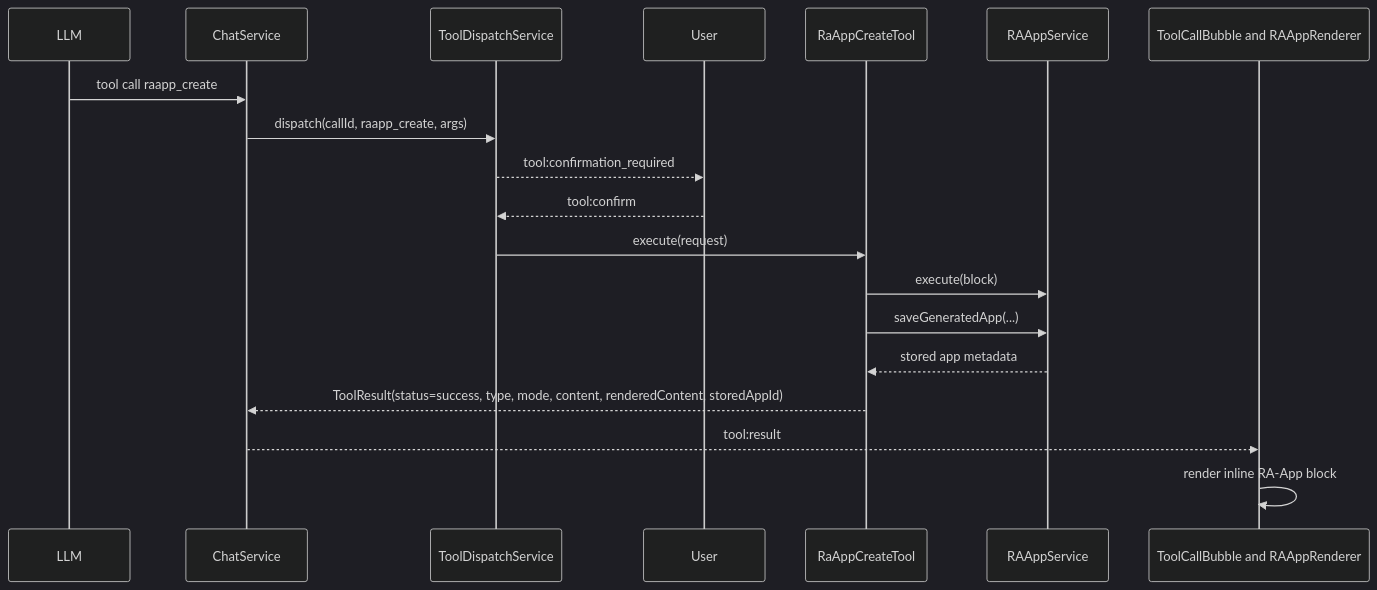
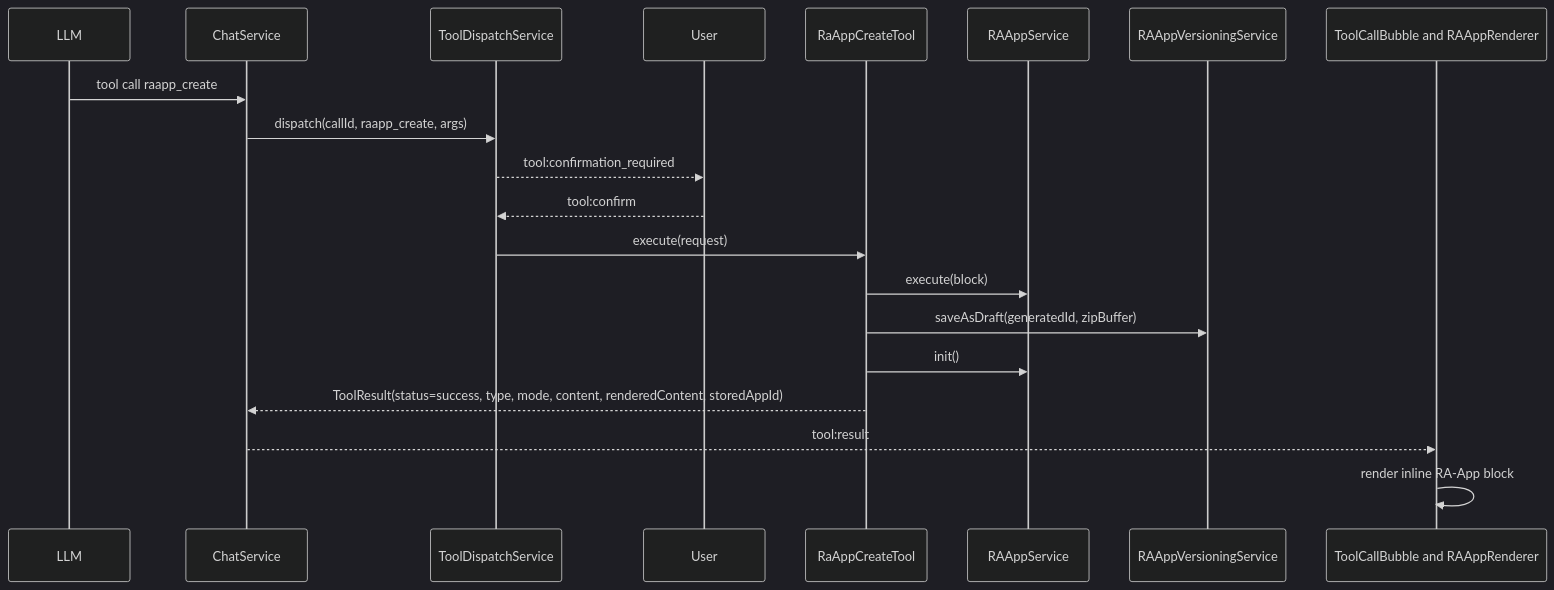
One commit to Radomiej/kalio-forever changed the first of 5 diagrams in docs/raapp-design-current.md. Above: the diagram before and after it, drawn with Mermaid (dark theme). The commit also changed other lines of this file and 4 other files, not shown here.

````diff
--- a/docs/raapp-design-current.md
+++ b/docs/raapp-design-current.md
@@ -56,22 +56,23 @@
 ```mermaid
 sequenceDiagram
     participant LLM as LLM
     participant Chat as ChatService
     participant Dispatch as ToolDispatchService
     participant User as User
     participant Tool as RaAppCreateTool
     participant RA as RAAppService
+    participant Versioning as RAAppVersioningService
     participant FE as ToolCallBubble and RAAppRenderer
 
     LLM->>Chat: tool call raapp_create
     Chat->>Dispatch: dispatch(callId, raapp_create, args)
     Dispatch-->>User: tool:confirmation_required
     User-->>Dispatch: tool:confirm
     Dispatch->>Tool: execute(request)
     Tool->>RA: execute(block)
-    Tool->>RA: saveGeneratedApp(...)
-    RA-->>Tool: stored app metadata
+    Tool->>Versioning: saveAsDraft(generatedId, zipBuffer)
+    Tool->>RA: init()
     Tool-->>Chat: ToolResult(status=success, type, mode, content, renderedContent, storedAppId)
     Chat-->>FE: tool:result
     FE->>FE: render inline RA-App block
 ```
````
